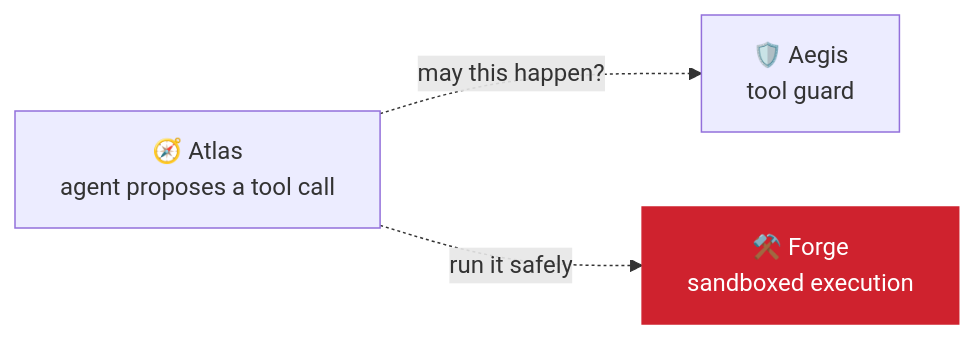
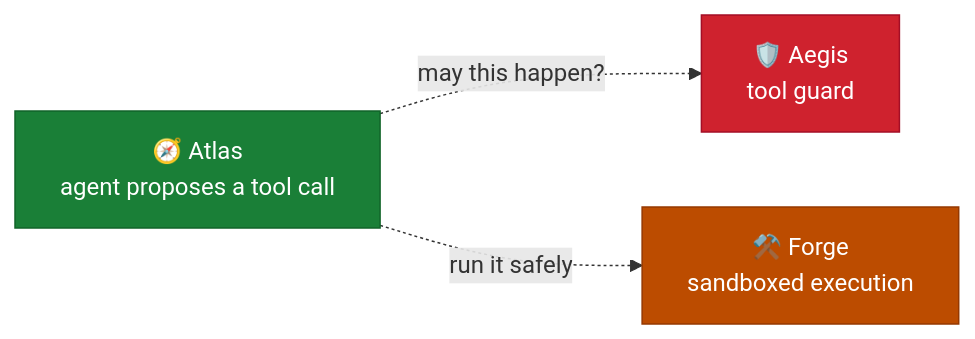
Before and after one commit to kumarlakshya24/enterprise-ai-platform: the second of 2 diagrams in forge/README.md, drawn with Mermaid. The commit also changed 9 other files, not shown here.

First line of the commit message:
docs: one colour per project across every architecture diagram (#11)

````diff
--- a/forge/README.md
+++ b/forge/README.md
@@ -156,6 +156,14 @@
 ```mermaid
 flowchart LR
   A[🧭 Atlas<br/>agent proposes a tool call] -. "may this happen?" .-> AEG[🛡️ Aegis<br/>tool guard]
   A -. "run it safely" .-> F[⚒️ Forge<br/>sandboxed execution]
-  style F fill:#cf222e,color:#fff,stroke:#cf222e
+  classDef aegis fill:#cf222e,stroke:#a40e26,color:#fff
+  classDef switchboard fill:#0969da,stroke:#0550ae,color:#fff
+  classDef lumen fill:#bf8700,stroke:#9a6700,color:#fff
+  classDef atlas fill:#1a7f37,stroke:#116329,color:#fff
+  classDef forge fill:#bc4c00,stroke:#953800,color:#fff
+  classDef lens fill:#8250df,stroke:#6639ba,color:#fff
+  class A atlas
+  class AEG aegis
+  class F forge
 ```
````
